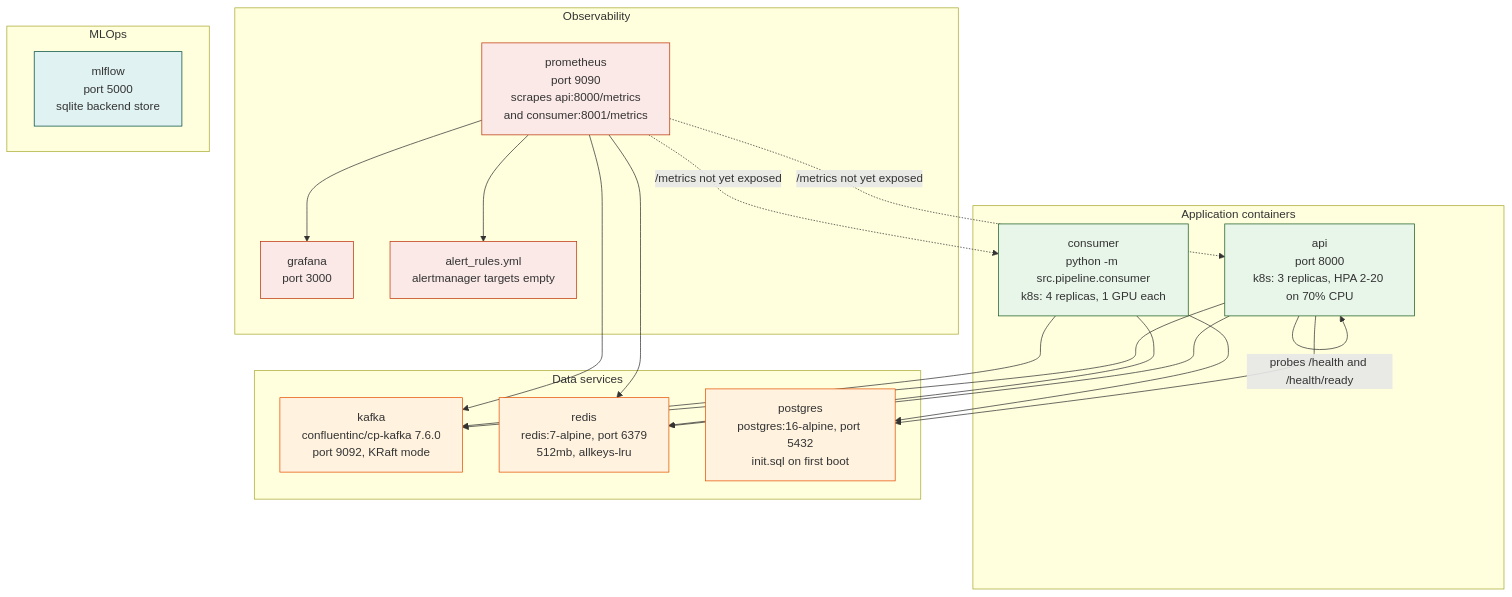
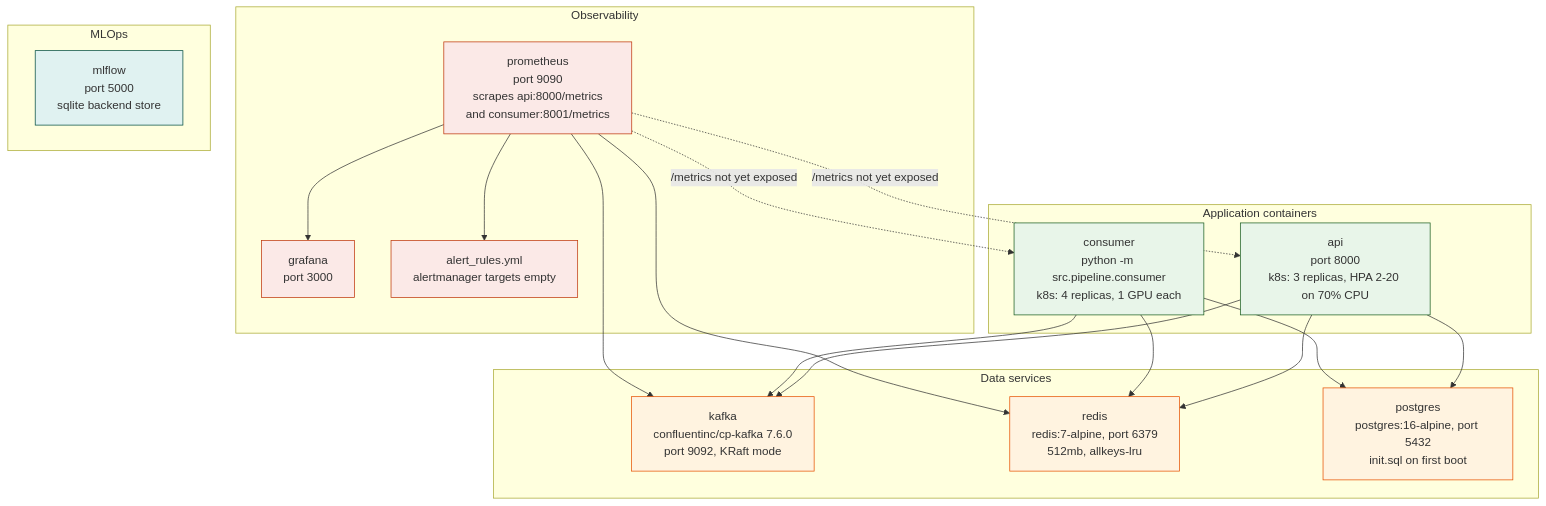
One commit to mbhatia77/ml-eval-platform changed the fourth of 5 diagrams in diagrams/code-architecture.md. Above: the diagram before and after it, drawn with Mermaid. The commit also changed other lines of this file and 1 other file, not shown here.

First line of the commit message:
Refine code architecture diagram and link it from README

````diff
--- a/diagrams/code-architecture.md
+++ b/diagrams/code-architecture.md
@@ -222,49 +242,47 @@
 ```mermaid
 graph TB
     subgraph App["Application containers"]
         API["api<br/>port 8000<br/>k8s: 3 replicas, HPA 2-20 on 70% CPU"]
         CONSUMER["consumer<br/>python -m src.pipeline.consumer<br/>k8s: 4 replicas, 1 GPU each"]
     end
 
     subgraph Data["Data services"]
         KAFKA["kafka<br/>confluentinc/cp-kafka 7.6.0<br/>port 9092, KRaft mode"]
         REDIS["redis<br/>redis:7-alpine, port 6379<br/>512mb, allkeys-lru"]
         PG["postgres<br/>postgres:16-alpine, port 5432<br/>init.sql on first boot"]
     end
 
     subgraph Obs["Observability"]
         PROM["prometheus<br/>port 9090<br/>scrapes api:8000/metrics<br/>and consumer:8001/metrics"]
         GRAF["grafana<br/>port 3000"]
         ALERTS["alert_rules.yml<br/>alertmanager targets empty"]
     end
 
     subgraph MLOps["MLOps"]
         MLFLOW["mlflow<br/>port 5000<br/>sqlite backend store"]
     end
 
     API --> KAFKA
     API --> REDIS
     API --> PG
     CONSUMER --> KAFKA
     CONSUMER --> REDIS
     CONSUMER --> PG
 
     PROM -.->|"/metrics not yet exposed"| API
     PROM -.->|"/metrics not yet exposed"| CONSUMER
     PROM --> KAFKA
     PROM --> REDIS
     PROM --> GRAF
     PROM --> ALERTS
 
-    API -->|"probes /health and /health/ready"| API
-
     classDef app fill:#e8f5e9,stroke:#1b5e20
     classDef data fill:#fff3e0,stroke:#e65100
     classDef obs fill:#fbe9e7,stroke:#bf360c
     classDef ml fill:#e0f2f1,stroke:#004d40
 
     class API,CONSUMER app
     class KAFKA,REDIS,PG data
     class PROM,GRAF,ALERTS obs
     class MLFLOW ml
 ```
````
